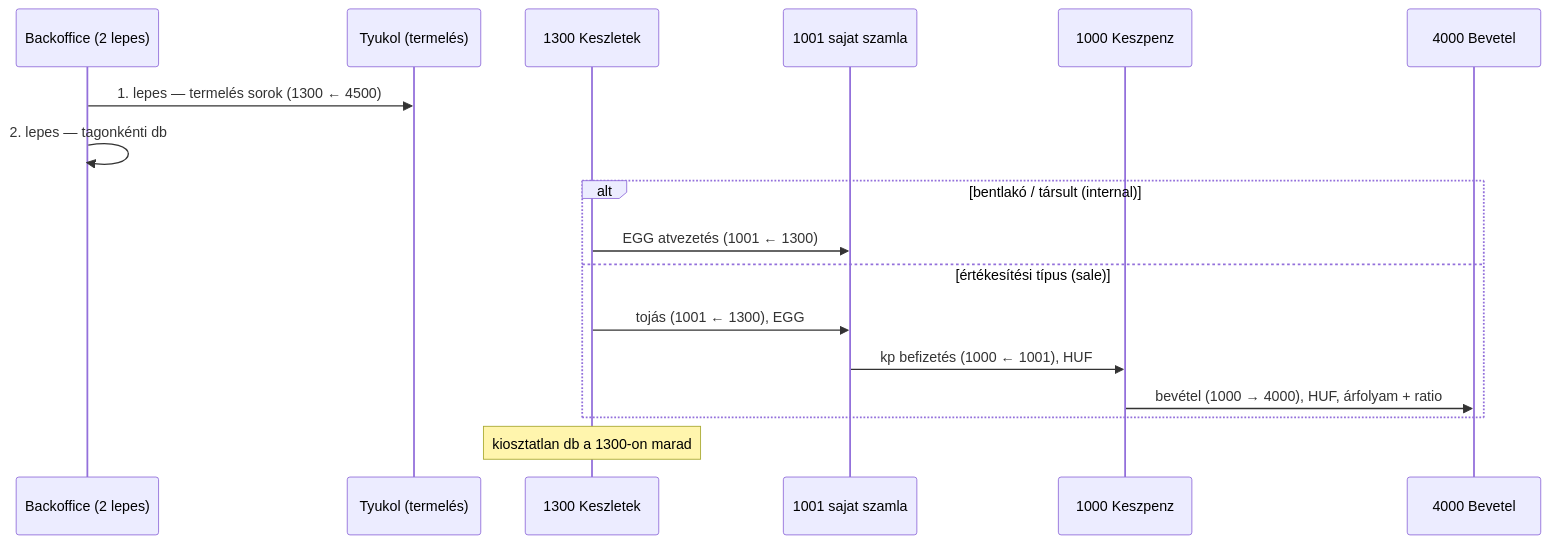
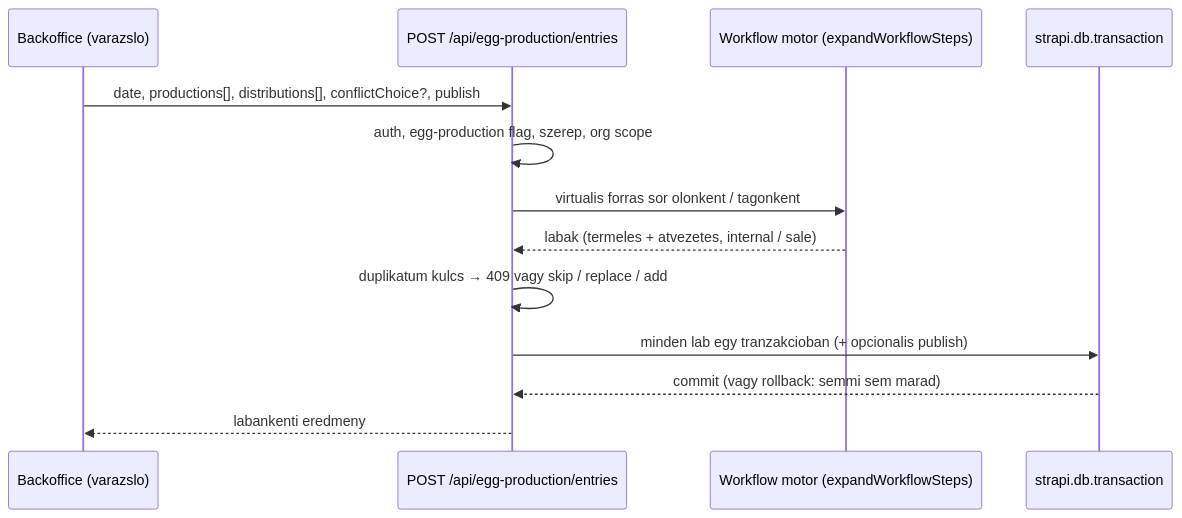
The seventh of 15 diagrams in docs/transaction-workflow.md (pitiboy/curr), drawn with Mermaid before and after one commit. The commit also changed other lines of this file and 42 other files, not shown here.

First line of the commit message:
feat: napi tojás űrlap egy backend endpointon, workflow sablonokkal

````diff
--- a/docs/transaction-workflow.md
+++ b/docs/transaction-workflow.md
@@ -359,20 +369,16 @@
 ```mermaid
 sequenceDiagram
-  participant BO as Backoffice (2 lepes)
-  participant Ol as Tyukol (termelés)
-  participant Keszlet as 1300 Keszletek
-  participant Tag as 1001 sajat szamla
-  participant Penztar as 1000 Keszpenz
-  participant Ert as 4000 Bevetel
+  participant BO as Backoffice (varazslo)
+  participant API as POST /api/egg-production/entries
+  participant WF as Workflow motor (expandWorkflowSteps)
+  participant DB as strapi.db.transaction
 
-  BO->>Ol: 1. lepes — termelés sorok (1300 ← 4500)
-  BO->>BO: 2. lepes — tagonkénti db
-  alt bentlakó / társult (internal)
-    Keszlet->>Tag: EGG atvezetés (1001 ← 1300)
-  else értékesítési típus (sale)
-    Keszlet->>Tag: tojás (1001 ← 1300), EGG
-    Tag->>Penztar: kp befizetés (1000 ← 1001), HUF
-    Penztar->>Ert: bevétel (1000 → 4000), HUF, árfolyam + ratio
-  end
-  Note over Keszlet: kiosztatlan db a 1300-on marad
+  BO->>API: date, productions[], distributions[], conflictChoice?, publish
+  API->>API: auth, egg-production flag, szerep, org scope
+  API->>WF: virtualis forras sor olonkent / tagonkent
+  WF-->>API: labak (termeles + atvezetes, internal / sale)
+  API->>API: duplikatum kulcs → 409 vagy skip / replace / add
+  API->>DB: minden lab egy tranzakcioban (+ opcionalis publish)
+  DB-->>API: commit (vagy rollback: semmi sem marad)
+  API-->>BO: labankenti eredmeny
 ```
````
